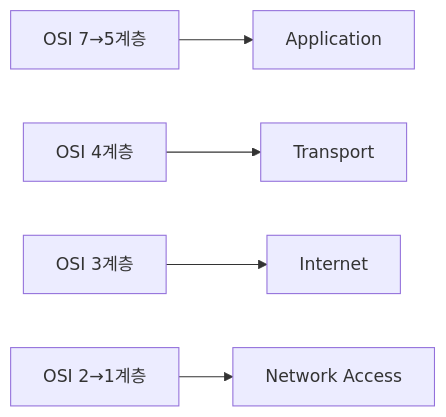
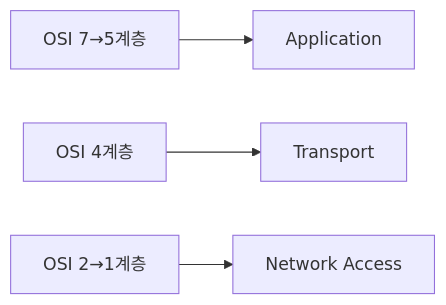
Before and after one commit to yjkim2015/yjkim2015.github.io: the fifth of 6 diagrams in _posts/network/2026-05-01-osi-7-layer.md, drawn with Mermaid. The commit also changed 149 other files, not shown here.

First line of the commit message:
Mermaid 가독성 개선: 라벨 축약, 노드 축소, TD→LR 변환

````diff
--- a/_posts/network/2026-05-01-osi-7-layer.md
+++ b/_posts/network/2026-05-01-osi-7-layer.md
@@ -243,7 +243,6 @@
 ```mermaid
 graph LR
     OSI["OSI 7→5계층"] --> T4["Application"]
     O4["OSI 4계층"] --> T3["Transport"]
-    O3["OSI 3계층"] --> T2["Internet"]
     O21["OSI 2→1계층"] --> T1["Network Access"]
 ```
````
